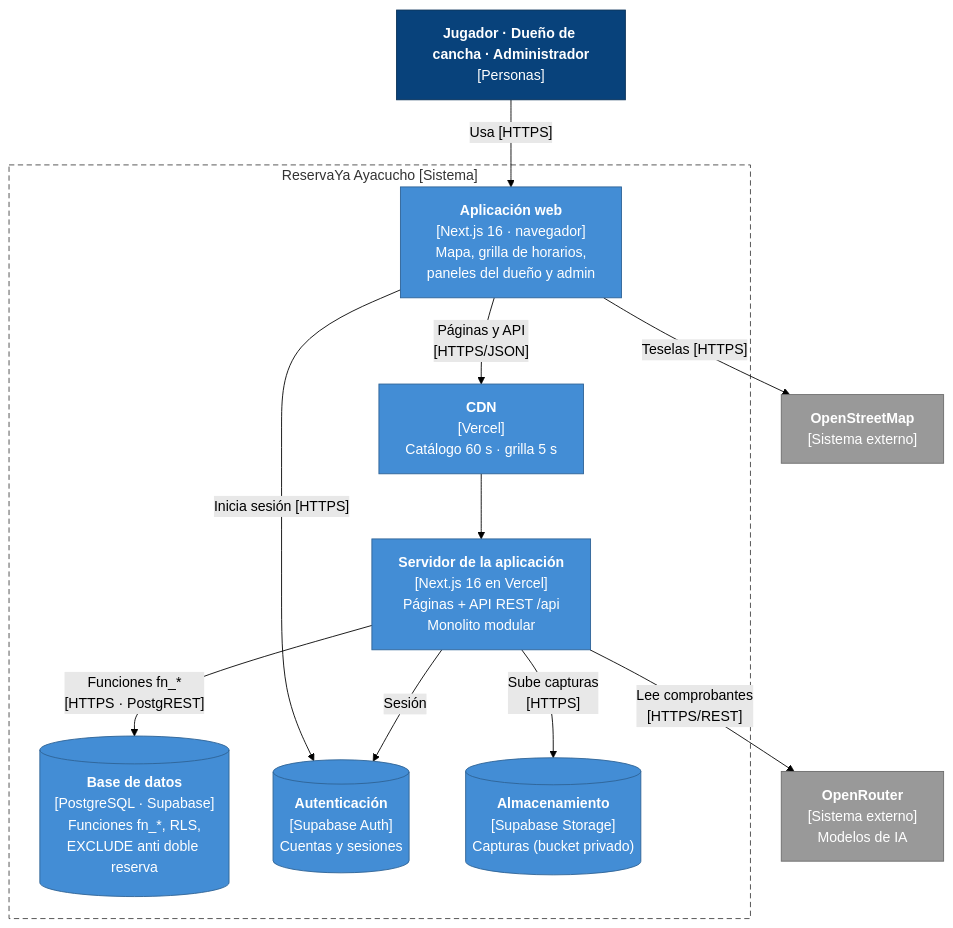
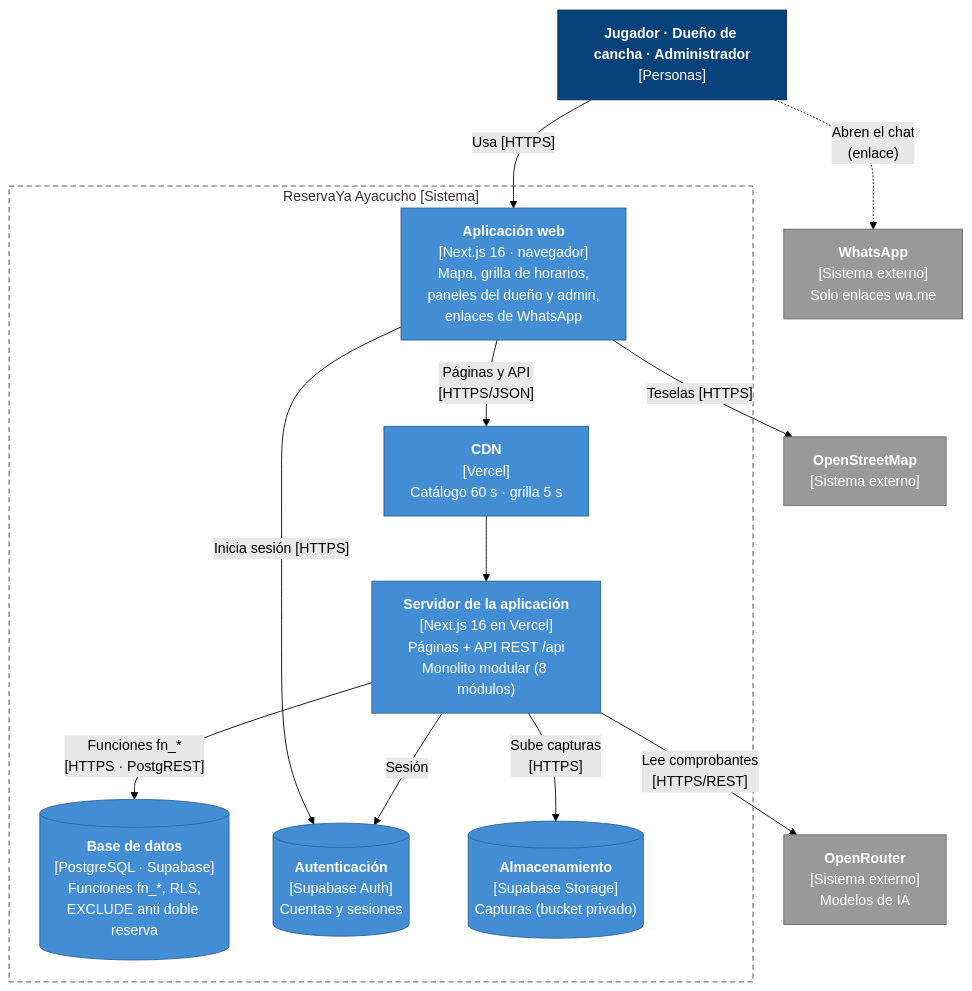
The diagram in img/fuentes-svg/nivel2-contenedores.mmd (edhtsprado27-bit/ReservaYa-Ayacucho), drawn with Mermaid (forest theme) before and after one commit. The commit also changed 24 other files, not shown here.

Commit message:
docs: actualizar análisis, arquitectura y C4 con WhatsApp, servicios y usuarios

```diff
--- a/img/fuentes-svg/nivel2-contenedores.mmd
+++ b/img/fuentes-svg/nivel2-contenedores.mmd
@@ -1,32 +1,34 @@
 flowchart TB
     usuarios["<b>Jugador · Dueño de cancha · Administrador</b><br/>[Personas]"]
 
     subgraph limite["ReservaYa Ayacucho [Sistema]"]
-        web["<b>Aplicación web</b><br/>[Next.js 16 · navegador]<br/>Mapa, grilla de horarios,<br/>paneles del dueño y admin"]
-        srv["<b>Servidor de la aplicación</b><br/>[Next.js 16 en Vercel]<br/>Páginas + API REST /api<br/>Monolito modular"]
+        web["<b>Aplicación web</b><br/>[Next.js 16 · navegador]<br/>Mapa, grilla de horarios,<br/>paneles del dueño y admin,<br/>enlaces de WhatsApp"]
+        srv["<b>Servidor de la aplicación</b><br/>[Next.js 16 en Vercel]<br/>Páginas + API REST /api<br/>Monolito modular (8 módulos)"]
         cdn["<b>CDN</b><br/>[Vercel]<br/>Catálogo 60 s · grilla 5 s"]
         bd[("<b>Base de datos</b><br/>[PostgreSQL · Supabase]<br/>Funciones fn_*, RLS,<br/>EXCLUDE anti doble reserva")]
         auth[("<b>Autenticación</b><br/>[Supabase Auth]<br/>Cuentas y sesiones")]
         storage[("<b>Almacenamiento</b><br/>[Supabase Storage]<br/>Capturas (bucket privado)")]
     end
 
     openrouter["<b>OpenRouter</b><br/>[Sistema externo]<br/>Modelos de IA"]
     osm["<b>OpenStreetMap</b><br/>[Sistema externo]"]
+    whatsapp["<b>WhatsApp</b><br/>[Sistema externo]<br/>Solo enlaces wa.me"]
 
     usuarios -- "Usa [HTTPS]" --> web
     web -- "Páginas y API<br/>[HTTPS/JSON]" --> cdn
     cdn --> srv
     web -- "Inicia sesión [HTTPS]" --> auth
     web -- "Teselas [HTTPS]" --> osm
     srv -- "Funciones fn_*<br/>[HTTPS · PostgREST]" --> bd
     srv -- "Sesión" --> auth
     srv -- "Sube capturas<br/>[HTTPS]" --> storage
     srv -- "Lee comprobantes<br/>[HTTPS/REST]" --> openrouter
+    usuarios -. "Abren el chat<br/>(enlace)" .-> whatsapp
 
     classDef persona fill:#08427b,stroke:#052e56,color:#fff
     classDef contenedor fill:#438dd5,stroke:#2e6295,color:#fff
     classDef externo fill:#999999,stroke:#6b6b6b,color:#fff
     class usuarios persona
     class web,srv,cdn,bd,auth,storage contenedor
-    class openrouter,osm externo
+    class openrouter,osm,whatsapp externo
     style limite fill:none,stroke:#444,stroke-dasharray:6 4
```
